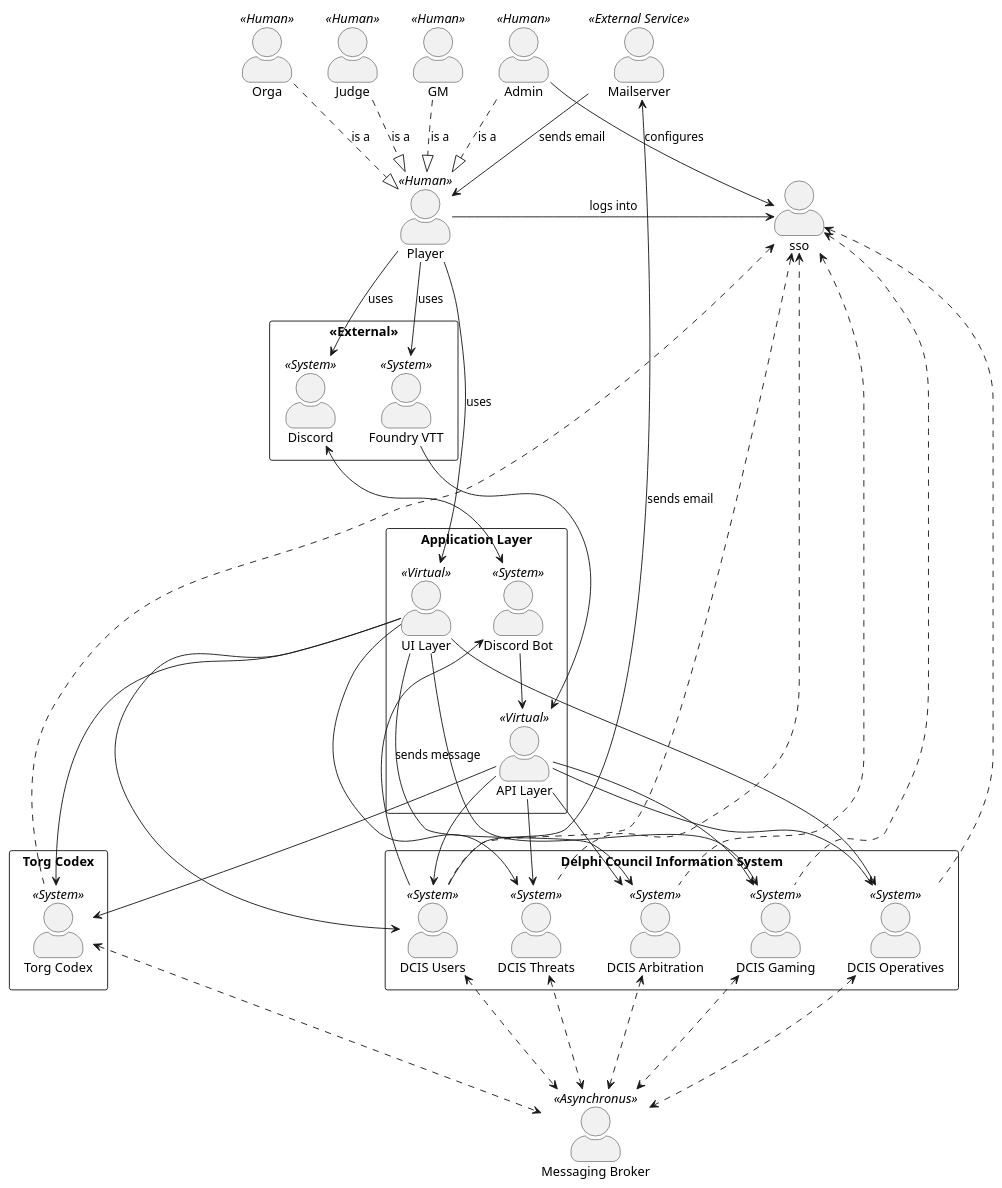
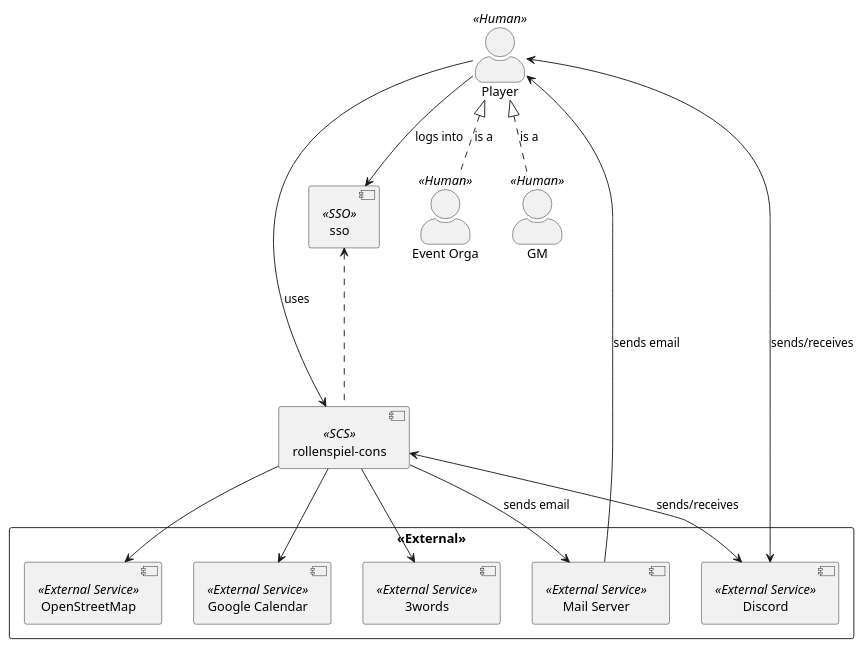
Before and after one commit to Paladins-Inn/rollenspiel-cons: the diagram in docs/modules/arc42/pages/03_system_scope_and_context/business-context.adoc, drawn with PlantUML. The commit also changed 3 other files, not shown here.

```diff
--- a/docs/modules/arc42/pages/03_system_scope_and_context/business-context.adoc
+++ b/docs/modules/arc42/pages/03_system_scope_and_context/business-context.adoc
@@ -9,91 +9,38 @@
 skinparam actorStyle awesome
 
 together {
+  :Event Orga: as orga << Human >>
+  :Player: as player << Human >>
   :GM: as gm << Human >>
-  :Judge: as judge << Human >>
-  :Orga: as orga << Human >>
-  :Admin: as admin << Human >>
+}
 
-  together {
-    :Player: as player << Human >>
-
-    rectangle <<External>> {
-      :Foundry VTT: as foundry << System >>
-      :Discord: as discord << System >>
-    }
-  }
+rectangle <<External>> {
+  [Discord] as discord << External Service >>
+  [Google Calendar] as gcal << External Service >>
+  [3words] as what3words << External Service >>
+  [OpenStreetMap] as osm << External Service >>
+  [Mail Server] as mail << External Service >>
 }
 
 
-gm    .d.|> player : is a
-judge .d.|> player : is a
-orga  .d.|> player : is a
-admin .d.|> player : is a
+gm    .u.|> player : is a
+orga  .u.|> player : is a
 
-together {
-  rectangle "Application Layer" {
-    :UI Layer: as ui << Virtual >>
-    :API Layer: as api << Virtual >>
-    :Discord Bot: as bot << System >>
-  }
-}
+[rollenspiel-cons] <<SCS>> as service
+[sso] <<SSO>> as sso
 
-rectangle "Delphi Council Information System" {
-    :DCIS Arbitration: as arbitration << System >>
-    :DCIS Operatives: as operatives << System >>
-    :DCIS Gaming: as gaming << System >>
-    :DCIS Threats: as threats << System >>
-    :DCIS Users: as users << System >>
-}
+player <--> discord : sends/receives
+player --> service : uses
+player --> sso : logs into
 
-rectangle "Torg Codex" {
-    :Torg Codex: as codex << System >>
-}
+service <--> discord : sends/receives
+service --> gcal
+service --> what3words
+service --> osm
 
-broker as "Messaging Broker" << Asynchronus >>
-mail as "Mailserver" << External Service >>
+mail <-- service : sends email
+mail --> player : sends email
 
-player --> discord : uses
-player --> ui : uses
-player --> foundry : uses
-admin --> sso : configures
-
-foundry --> api
-discord <--> bot
-
-bot --> api
-
-ui --> users
-ui --> arbitration
-ui --> operatives
-ui --> gaming
-ui --> threats
-ui --> codex
-
-api --> users
-api --> arbitration
-api --> operatives
-api --> gaming
-api --> threats
-api --> codex
-
-mail <-- users : sends email
-mail --> player : sends email
-bot <-- users : sends message
-
-users <-.-> broker
-arbitration <-.-> broker
-operatives <-.-> broker
-gaming <-.-> broker
-threats <-.-> broker
-codex <-.-> broker
-
-sso <-- player : logs into
-sso <-.- users
-sso <-.- arbitration
-sso <-.- operatives
-sso <-.- gaming
-sso <-.- threats
-sso <-.- codex
+sso <-.- service
 @enduml
 ----
```
